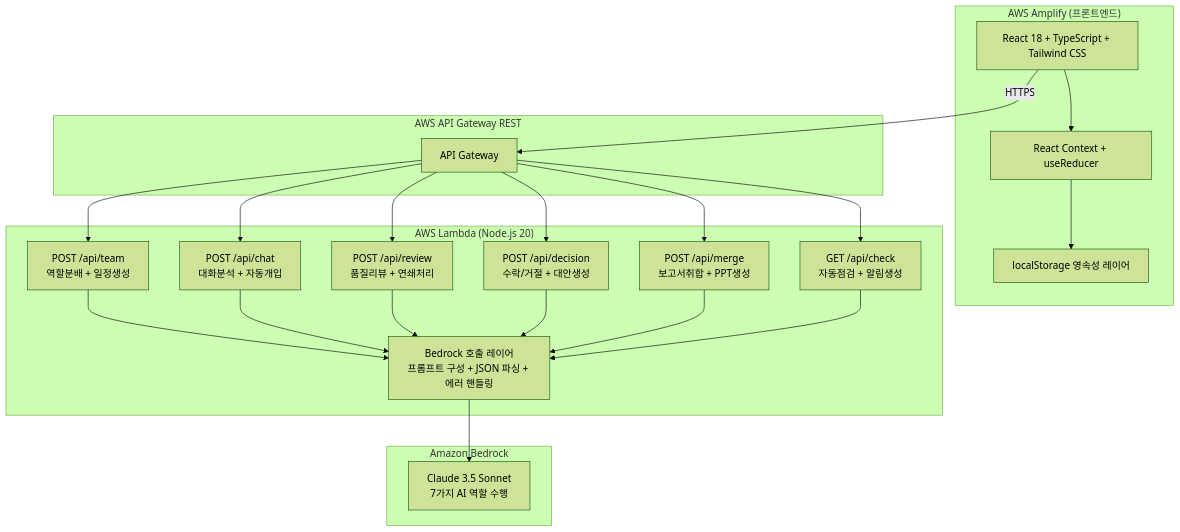
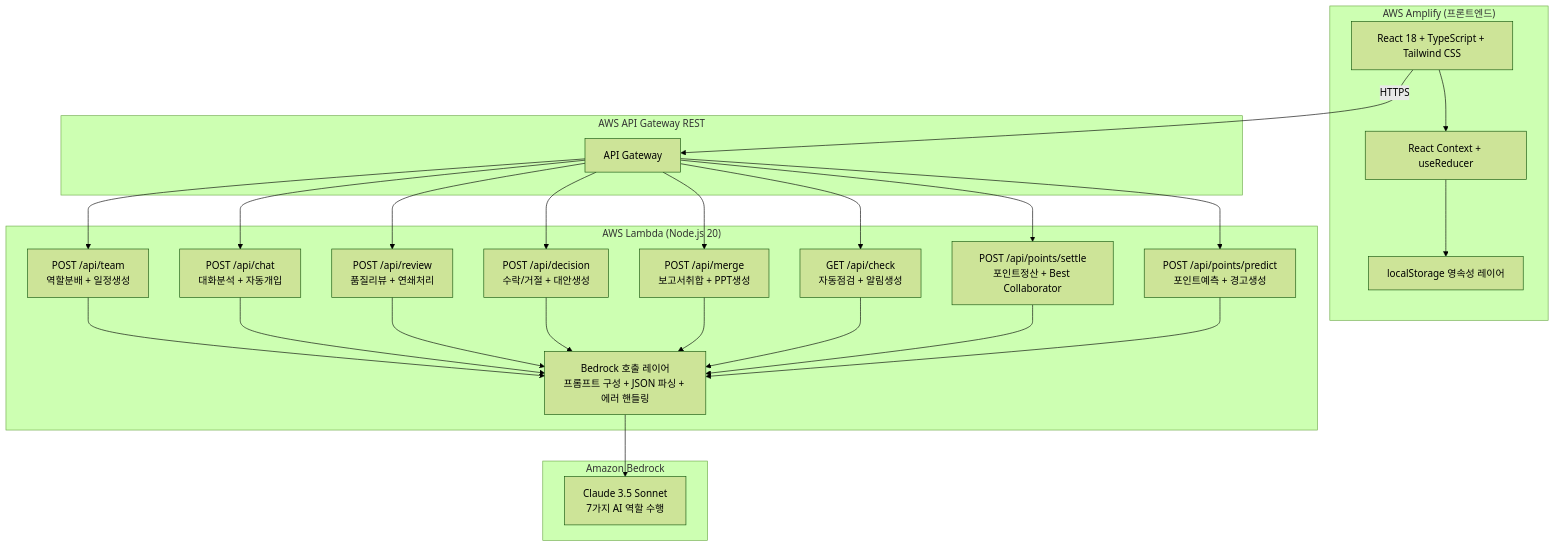
The first of 12 diagrams in .kiro/specs/agentic-pm-service/design.md (leeysuu/AI_PM_Agent), drawn with Mermaid (forest theme) before and after one commit. The commit also changed other lines of this file and 25 other files, not shown here.

````diff
--- a/.kiro/specs/agentic-pm-service/design.md
+++ b/.kiro/specs/agentic-pm-service/design.md
@@ -33,33 +34,35 @@
 ```mermaid
 graph TB
     subgraph "AWS Amplify (프론트엔드)"
         UI[React 18 + TypeScript + Tailwind CSS]
         CTX[React Context + useReducer]
         LS[localStorage 영속성 레이어]
         UI --> CTX
         CTX --> LS
     end
 
     subgraph "AWS API Gateway REST"
         GW[API Gateway]
     end
 
     subgraph "AWS Lambda (Node.js 20)"
         L1[POST /api/team<br/>역할분배 + 일정생성]
         L2[POST /api/chat<br/>대화분석 + 자동개입]
         L3[POST /api/review<br/>품질리뷰 + 연쇄처리]
         L4[POST /api/decision<br/>수락/거절 + 대안생성]
         L5[POST /api/merge<br/>보고서취합 + PPT생성]
         L6[GET /api/check<br/>자동점검 + 알림생성]
+        L7[POST /api/points/settle<br/>포인트정산 + Best Collaborator]
+        L8[POST /api/points/predict<br/>포인트예측 + 경고생성]
         BL[Bedrock 호출 레이어<br/>프롬프트 구성 + JSON 파싱 + 에러 핸들링]
     end
 
     subgraph "Amazon Bedrock"
         CLAUDE[Claude 3.5 Sonnet<br/>7가지 AI 역할 수행]
     end
 
     UI -->|HTTPS| GW
-    GW --> L1 & L2 & L3 & L4 & L5 & L6
-    L1 & L2 & L3 & L4 & L5 & L6 --> BL
+    GW --> L1 & L2 & L3 & L4 & L5 & L6 & L7 & L8
+    L1 & L2 & L3 & L4 & L5 & L6 & L7 & L8 --> BL
     BL --> CLAUDE
 ```
````
